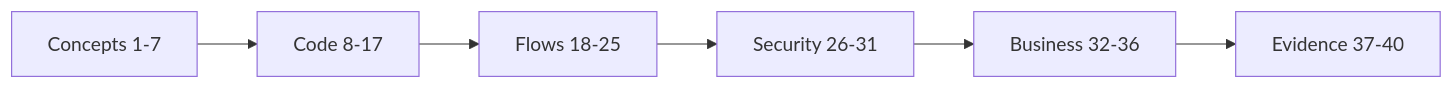
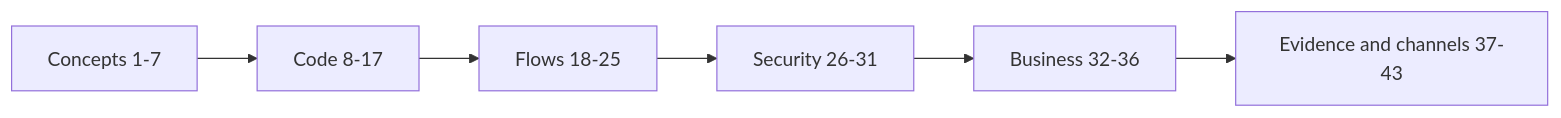
One commit to galihsatriawan/etalase changed the diagram in learn/master/quiz.md. Above: the diagram before and after it, drawn with Mermaid. The commit also changed other lines of this file and 106 other files, not shown here.

````diff
--- a/learn/master/quiz.md
+++ b/learn/master/quiz.md
@@ -17,4 +17,4 @@
 ```mermaid
 flowchart LR
-  C["Concepts 1-7"] --> K["Code 8-17"] --> F["Flows 18-25"] --> S["Security 26-31"] --> B["Business 32-36"] --> E["Evidence 37-40"]
+  C["Concepts 1-7"] --> K["Code 8-17"] --> F["Flows 18-25"] --> S["Security 26-31"] --> B["Business 32-36"] --> E["Evidence and channels 37-43"]
 ```
````
